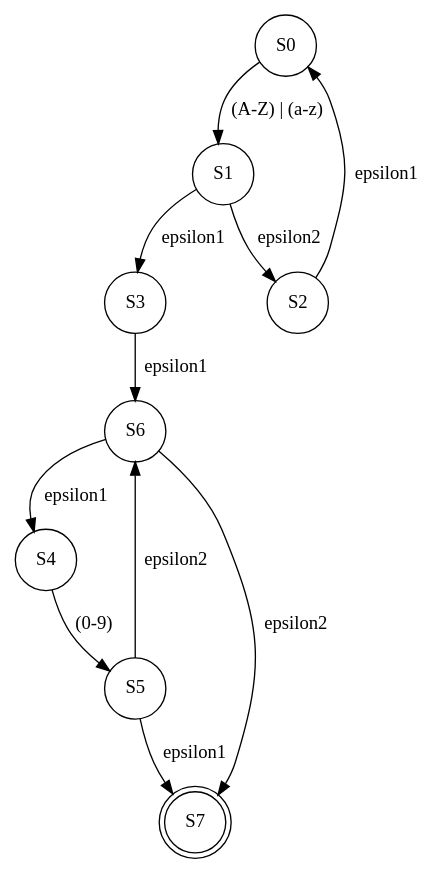
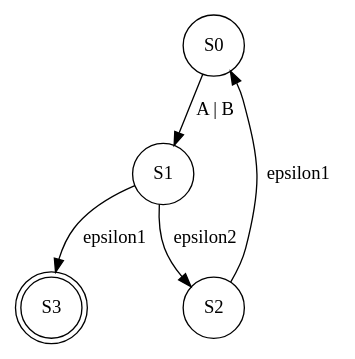
One commit to EngPeterAtef/Compilers_Lab changed the diagram in src/nfa.gv. Above: the diagram before and after it, drawn with Graphviz. The commit also changed 4 other files, not shown here.

```diff
--- a/src/nfa.gv
+++ b/src/nfa.gv
@@ -1,20 +1,10 @@
 digraph {
 	S0 [shape=circle]
-	S0 -> S1 [label="(A-Z) | (a-z)"]
+	S0 -> S1 [label="A | B"]
 	S1 [shape=circle]
 	S1 -> S3 [label=epsilon1]
 	S1 -> S2 [label=epsilon2]
 	S2 [shape=circle]
 	S2 -> S0 [label=epsilon1]
-	S3 [shape=circle]
-	S3 -> S6 [label=epsilon1]
-	S4 [shape=circle]
-	S4 -> S5 [label="(0-9)"]
-	S5 [shape=circle]
-	S5 -> S7 [label=epsilon1]
-	S5 -> S6 [label=epsilon2]
-	S6 [shape=circle]
-	S6 -> S4 [label=epsilon1]
-	S6 -> S7 [label=epsilon2]
-	S7 [shape=doublecircle]
+	S3 [shape=doublecircle]
 }
```
